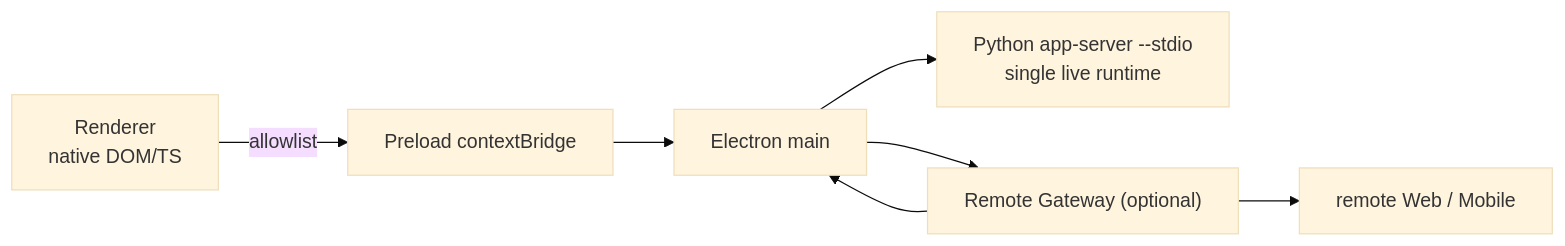
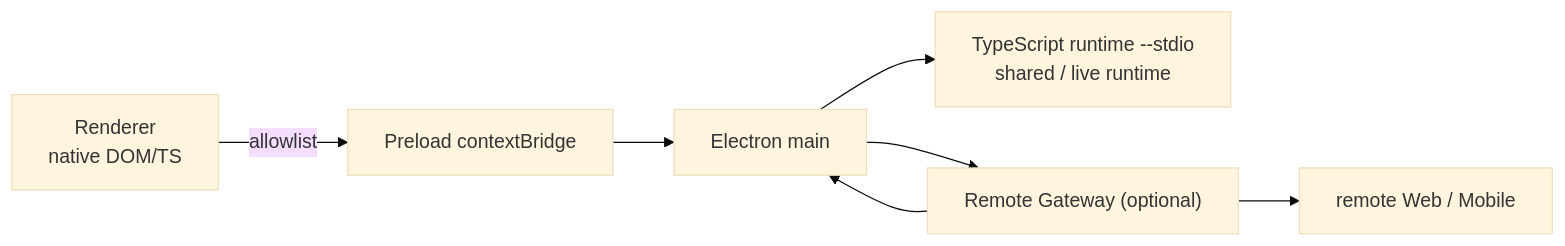
The diagram in docs/internals/07-surfaces/desktop.md (Azzurroooo/rind), drawn with Mermaid (base theme) before and after one commit. The commit also changed other lines of this file and 169 other files, not shown here.

Commit message:
feat(runtime,gateway): complete pure TypeScript migration and eliminate Python

```diff
--- a/docs/internals/07-surfaces/desktop.md
+++ b/docs/internals/07-surfaces/desktop.md
@@ -7,9 +7,9 @@
 ~~~mermaid
 flowchart LR
     R["Renderer<br/>native DOM/TS"] -->|allowlist| P["Preload contextBridge"]
     P --> M["Electron main"]
-    M --> W["Python app-server --stdio<br/>single live runtime"]
+    M --> W["TypeScript runtime --stdio<br/>shared / live runtime"]
     M --> G["Remote Gateway (optional)"]
     G --> B["remote Web / Mobile"]
     G --> M
 ~~~
```
